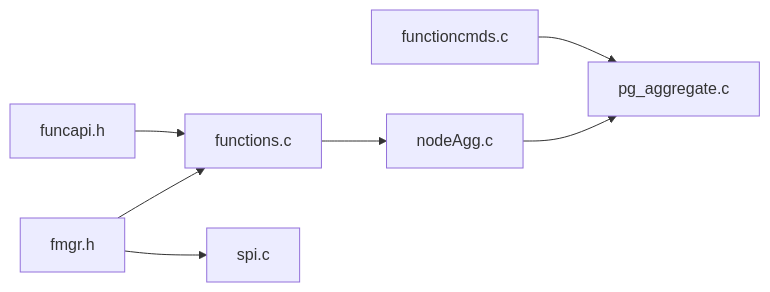
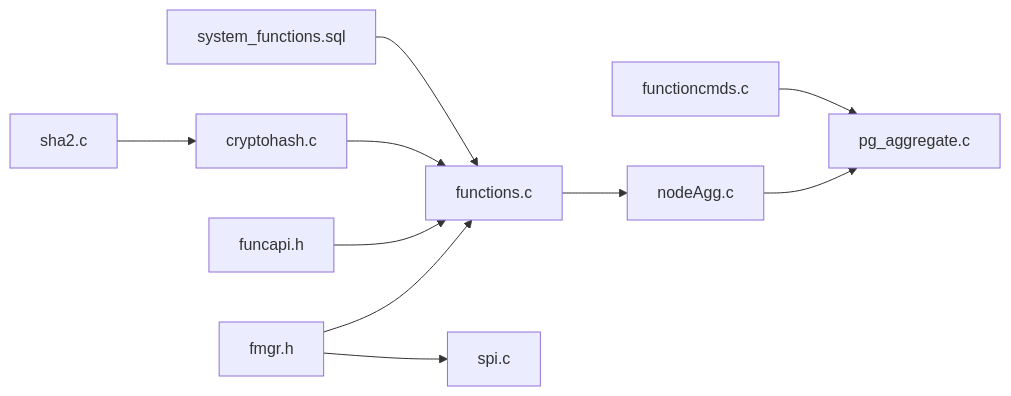
One commit to chirpyli/minipg changed the tenth of 10 diagrams in .qoder/repowiki/zh/content/扩展开发/用户定义函数.md. Above: the diagram before and after it, drawn with Mermaid. The commit also changed other lines of this file and 362 other files, not shown here.

````diff
--- a/.qoder/repowiki/zh/content/扩展开发/用户定义函数.md
+++ b/.qoder/repowiki/zh/content/扩展开发/用户定义函数.md
@@ -307,9 +364,12 @@
 ```mermaid
 graph LR
 FMGR["fmgr.h"] --> EXEC["functions.c"]
 FMGR --> SPI_IF["spi.c"]
 FUNCAPI["funcapi.h"] --> EXEC
 EXEC --> AGG["nodeAgg.c"]
 AGG --> CAT["pg_aggregate.c"]
 CMD["functioncmds.c"] --> CAT
+CRYPTO["cryptohash.c"] --> EXEC
+SHA2["sha2.c"] --> CRYPTO
+SYSFUNC["system_functions.sql"] --> EXEC
 ```
````
